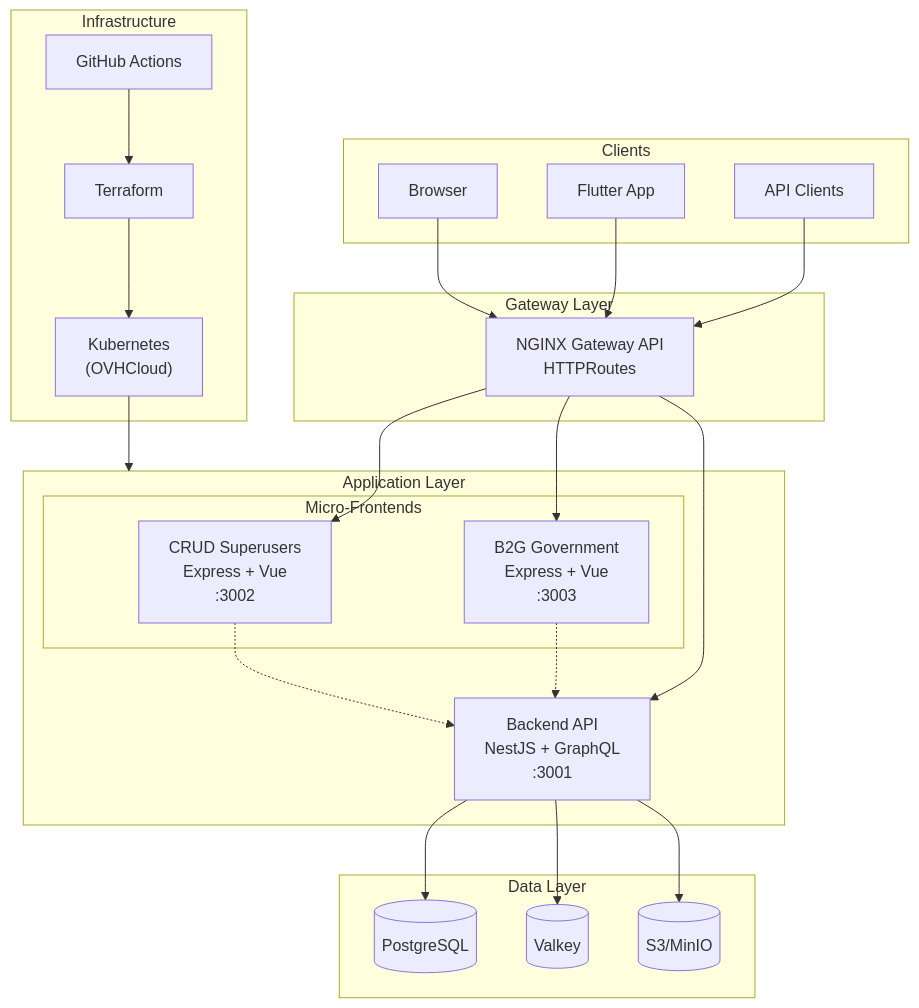
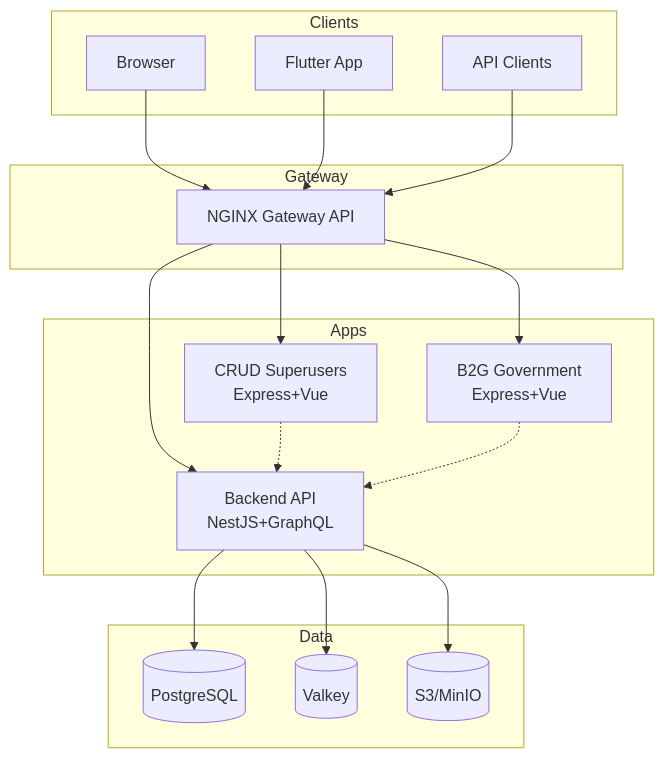
Before and after one commit to altrupets/monorepo: the first of 4 diagrams in docs/content/docs/architecture/overview.md, drawn with Mermaid. The commit also changed other lines of this file and 4 other files, not shown here.

First line of the commit message:
fix(docs): simplify Mermaid diagrams to resolve rendering errors

````diff
--- a/docs/content/docs/architecture/overview.md
+++ b/docs/content/docs/architecture/overview.md
@@ -5,47 +5,36 @@
 ```mermaid
 flowchart TB
-    subgraph Clients["Clients"]
-        Browser["Browser"]
-        Mobile["Flutter App"]
-        API["API Clients"]
+    subgraph Clients
+        Browser[Browser]
+        Mobile[Flutter App]
+        API[API Clients]
     end
 
-    subgraph Gateway["Gateway Layer"]
-        NGINX["NGINX Gateway API<br/>HTTPRoutes"]
+    subgraph Gateway
+        NGINX[NGINX Gateway API]
     end
 
-    subgraph Apps["Application Layer"]
-        subgraph WebApps["Micro-Frontends"]
-            Admin["CRUD Superusers<br/>Express + Vue<br/>:3002"]
-            B2G["B2G Government<br/>Express + Vue<br/>:3003"]
-        end
-        Backend["Backend API<br/>NestJS + GraphQL<br/>:3001"]
+    subgraph Apps
+        Admin[CRUD Superusers<br/>Express+Vue]
+        B2G[B2G Government<br/>Express+Vue]
+        Backend[Backend API<br/>NestJS+GraphQL]
     end
 
-    subgraph Data["Data Layer"]
-        Postgres[("PostgreSQL")]
-        Valkey[("Valkey")]
-        Storage[("S3/MinIO")]
-    end
-
-    subgraph Infra["Infrastructure"]
-        K8s["Kubernetes<br/>(OVHCloud)"]
-        TF["Terraform"]
-        GH["GitHub Actions"]
+    subgraph Data
+        Postgres[(PostgreSQL)]
+        Valkey[(Valkey)]
+        Storage[(S3/MinIO)]
     end
 
     Browser --> NGINX
     Mobile --> NGINX
     API --> NGINX
     NGINX --> Admin
     NGINX --> B2G
     NGINX --> Backend
     Admin -.-> Backend
     B2G -.-> Backend
     Backend --> Postgres
     Backend --> Valkey
     Backend --> Storage
-    K8s --> Apps
-    TF --> K8s
-    GH --> TF
 ```
````
